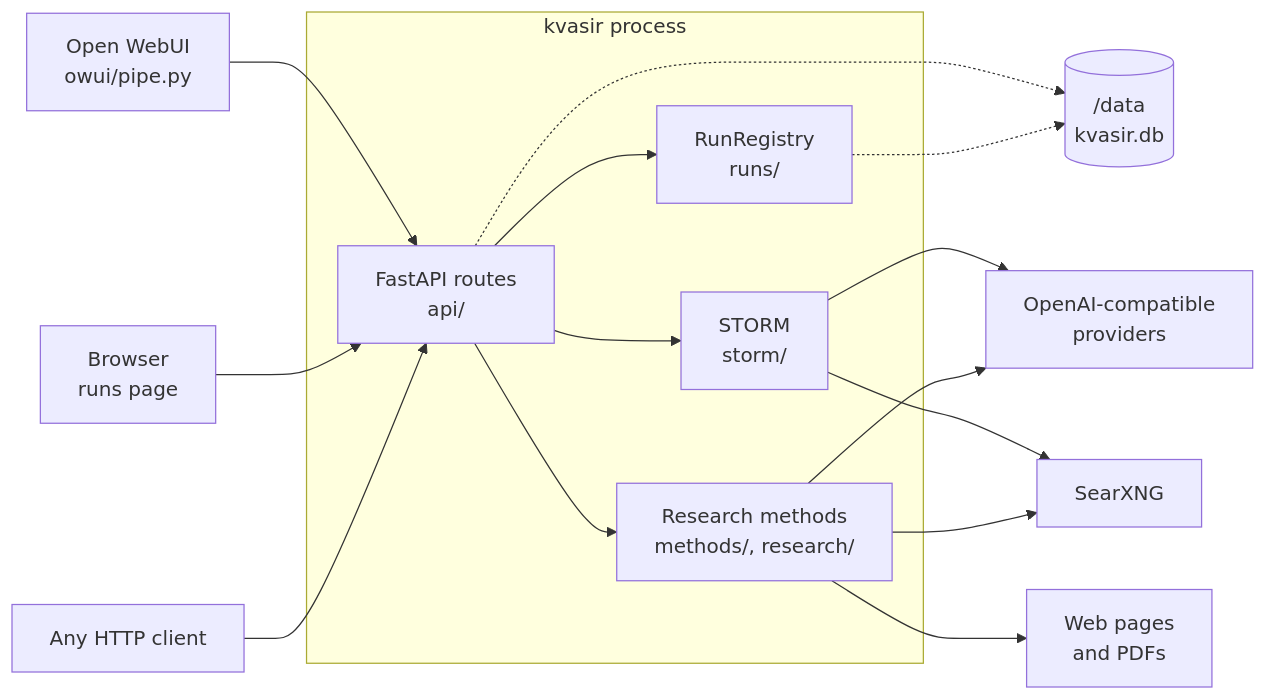
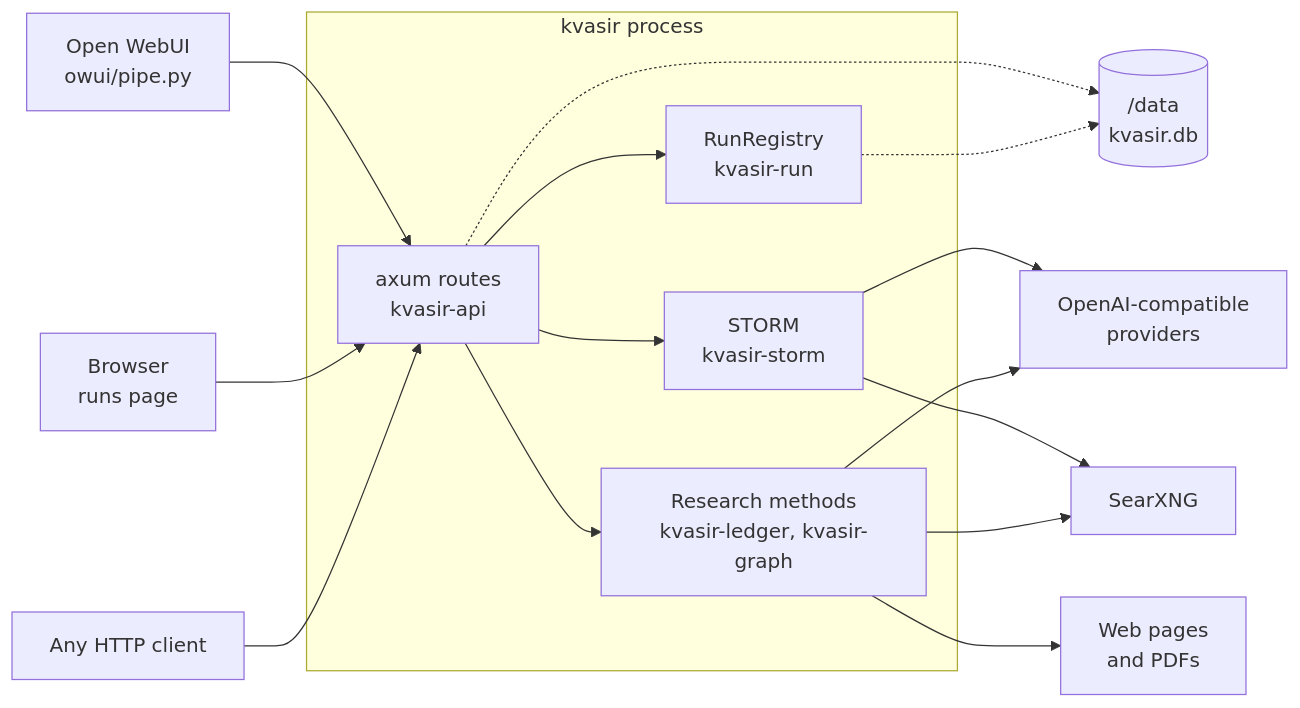
The first of 5 diagrams in docs/architecture.md (brewcoua/kvasir), drawn with Mermaid before and after one commit. The commit also changed other lines of this file, not shown here.

Commit message:
docs: describe the Rust service in the architecture page

````diff
--- a/docs/architecture.md
+++ b/docs/architecture.md
@@ -17,32 +17,32 @@
 ```mermaid
 flowchart LR
     owui["Open WebUI<br/>owui/pipe.py"]
     browser["Browser<br/>runs page"]
     curl["Any HTTP client"]
 
     subgraph kvasir["kvasir process"]
-        api["FastAPI routes<br/>api/"]
-        registry["RunRegistry<br/>runs/"]
-        storm["STORM<br/>storm/"]
-        deep["Research methods<br/>methods/, research/"]
+        api["axum routes<br/>kvasir-api"]
+        registry["RunRegistry<br/>kvasir-run"]
+        storm["STORM<br/>kvasir-storm"]
+        deep["Research methods<br/>kvasir-ledger, kvasir-graph"]
     end
 
     gateway["OpenAI-compatible<br/>providers"]
     searxng["SearXNG"]
     web["Web pages<br/>and PDFs"]
     data[("/data<br/>kvasir.db")]
 
     owui --> api
     browser --> api
     curl --> api
     api --> registry
     api --> storm
     api --> deep
     storm --> gateway
     storm --> searxng
     deep --> gateway
     deep --> searxng
     deep --> web
     api -.-> data
     registry -.-> data
 ```
````
